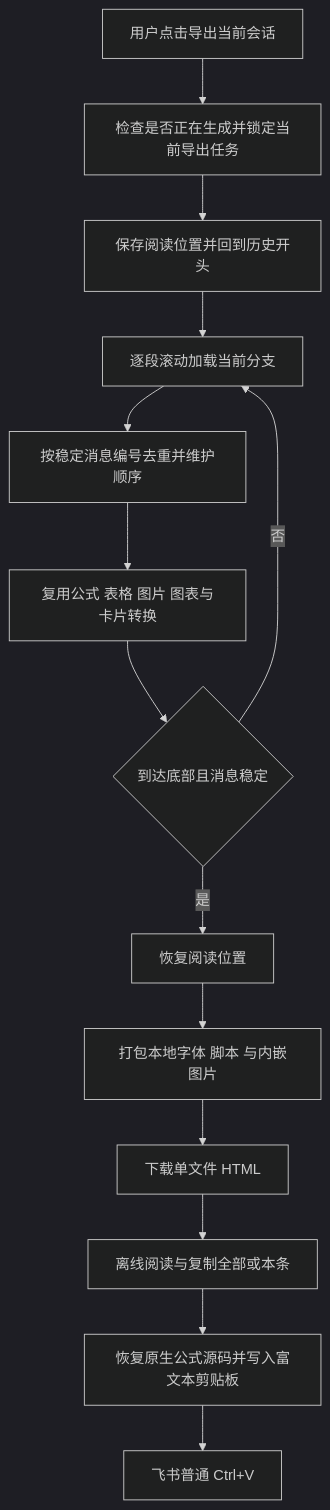
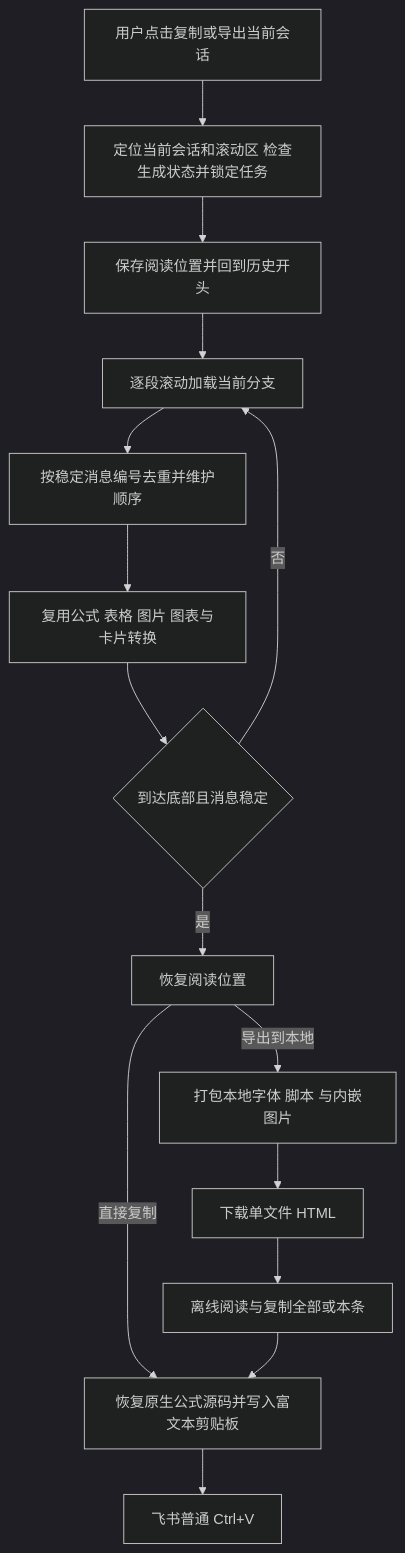
One commit to YijiaQian/chatgpt-feishu-copy changed the diagram in docs/conversation-export.zh-CN.md. Above: the diagram before and after it, drawn with Mermaid (dark theme). The commit also changed other lines of this file and 19 other files, not shown here.

````diff
--- a/docs/conversation-export.zh-CN.md
+++ b/docs/conversation-export.zh-CN.md
@@ -7,16 +7,17 @@
 ```mermaid
 flowchart TD
-    A[用户点击导出当前会话] --> B[检查是否正在生成并锁定当前导出任务]
+    A[用户点击复制或导出当前会话] --> B[定位当前会话和滚动区 检查生成状态并锁定任务]
     B --> C[保存阅读位置并回到历史开头]
     C --> D[逐段滚动加载当前分支]
     D --> E[按稳定消息编号去重并维护顺序]
     E --> F[复用公式 表格 图片 图表与卡片转换]
     F --> G{到达底部且消息稳定}
     G -->|否| D
     G -->|是| H[恢复阅读位置]
-    H --> I[打包本地字体 脚本 与内嵌图片]
+    H -->|导出到本地| I[打包本地字体 脚本 与内嵌图片]
+    H -->|直接复制| L
     I --> J[下载单文件 HTML]
     J --> K[离线阅读与复制全部或本条]
     K --> L[恢复原生公式源码并写入富文本剪贴板]
     L --> M[飞书普通 Ctrl+V]
 ```
````
